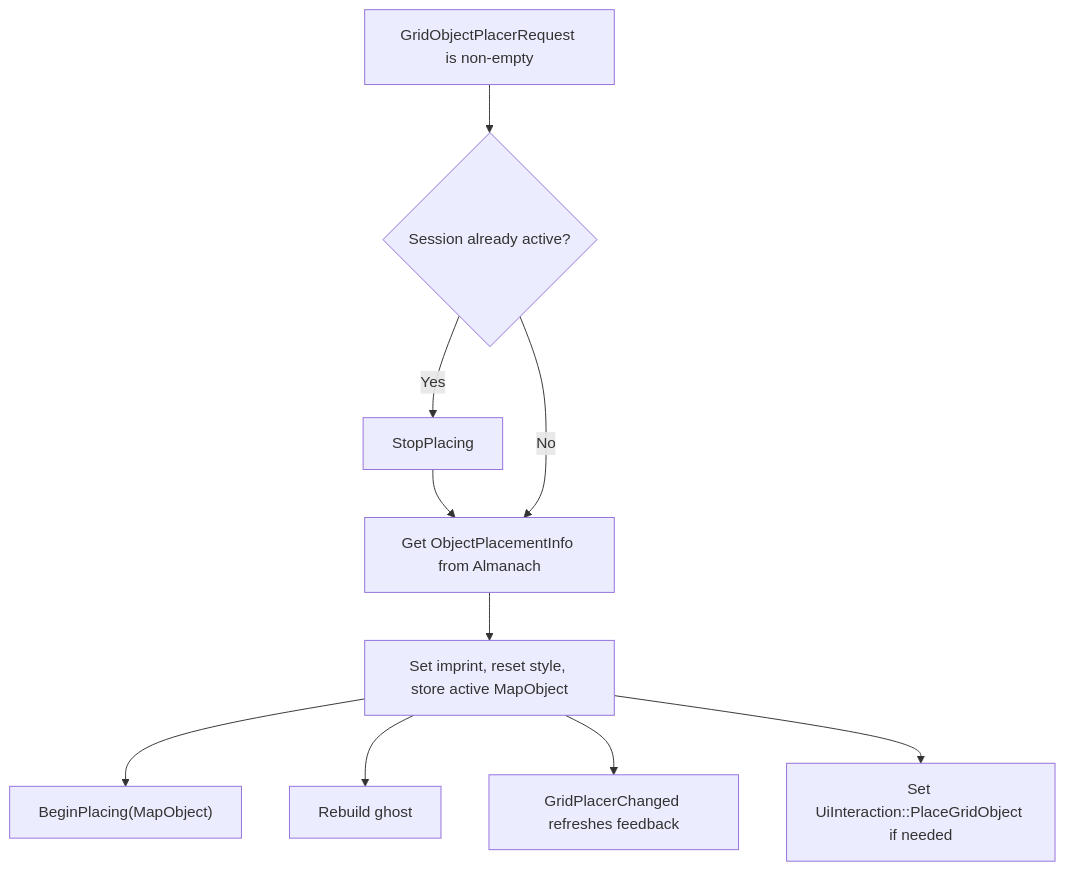
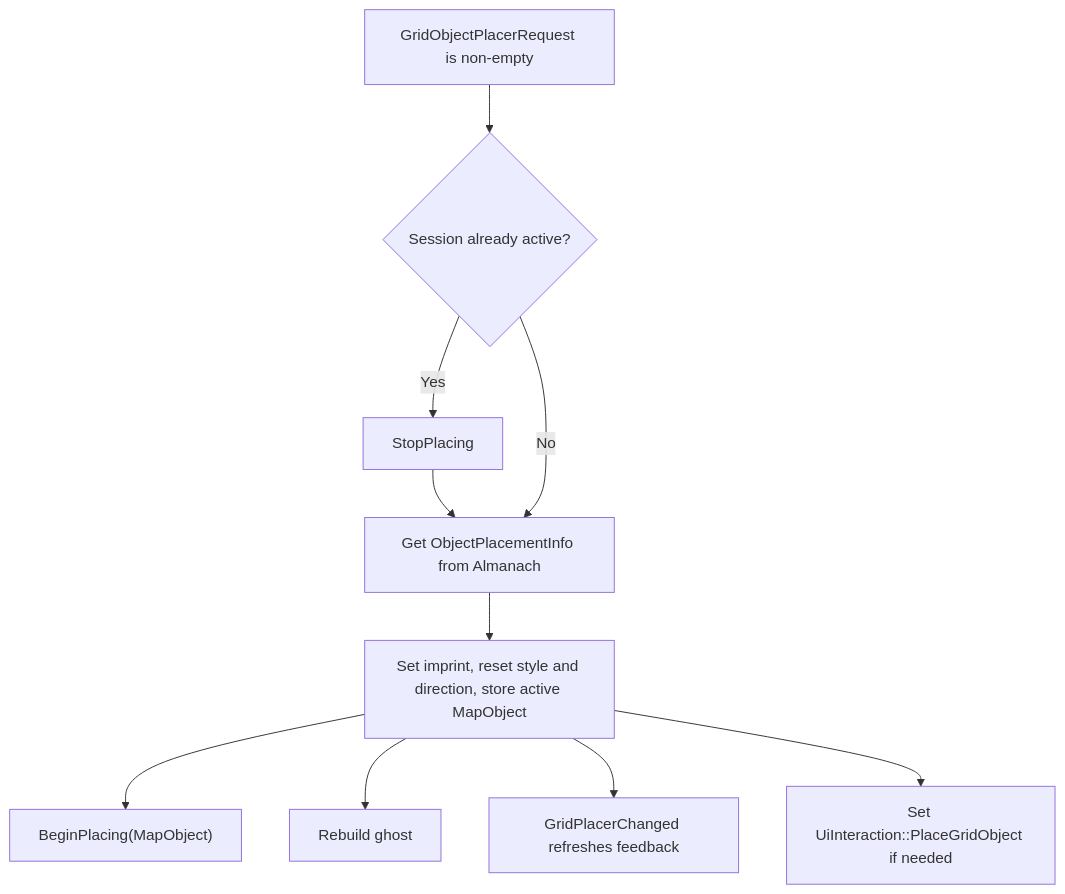
One commit to Arrekin/dark-wisps-defence changed the first of 5 diagrams in documentation/architecture/grid_placer.md. Above: the diagram before and after it, drawn with Mermaid. The commit also changed other lines of this file and 67 other files, not shown here.

````diff
--- a/documentation/architecture/grid_placer.md
+++ b/documentation/architecture/grid_placer.md
@@ -84,11 +88,11 @@
 ```mermaid
 flowchart TB
     request["GridObjectPlacerRequest is non-empty"] --> previous{"Session already active?"}
     previous -- Yes --> stop["StopPlacing"] --> info["Get ObjectPlacementInfo from Almanach"]
     previous -- No --> info
-    info --> session["Set imprint, reset style, store active MapObject"]
+    info --> session["Set imprint, reset style and direction, store active MapObject"]
     session --> begin["BeginPlacing(MapObject)"]
     session --> ghost["Rebuild ghost"]
     session --> changed["GridPlacerChanged refreshes feedback"]
     session --> state["Set UiInteraction::PlaceGridObject if needed"]
 ```
````
